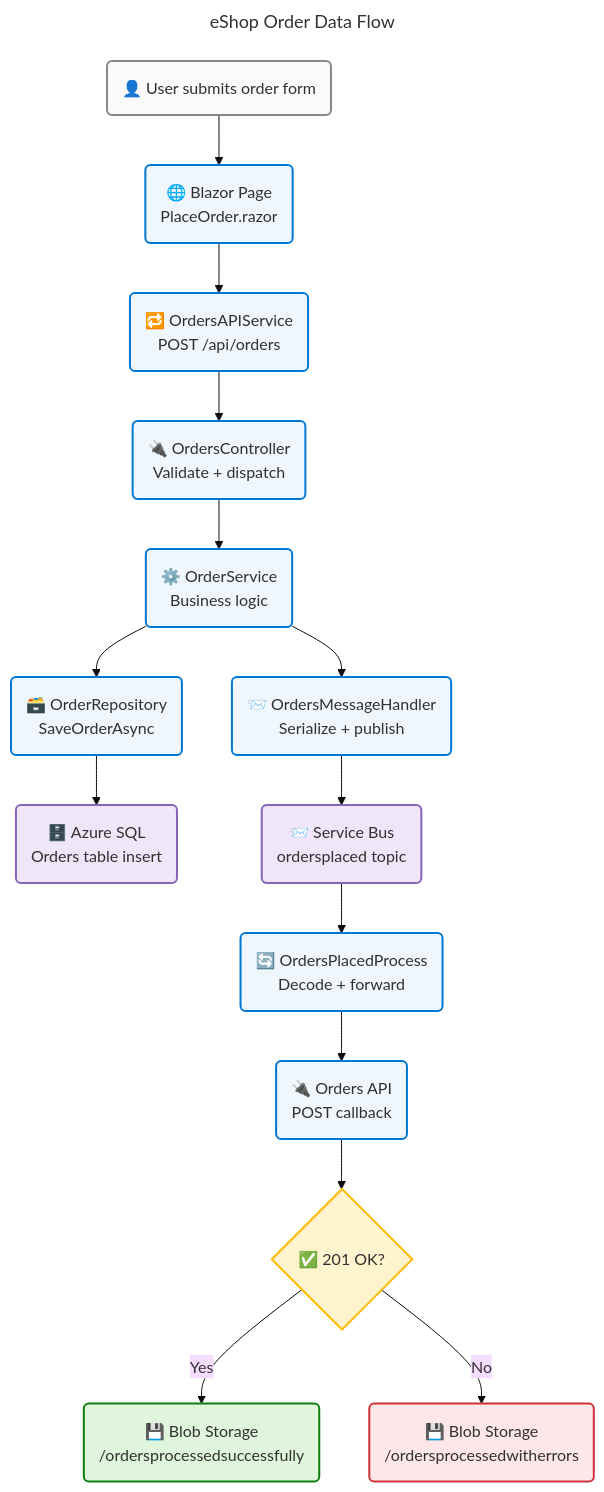
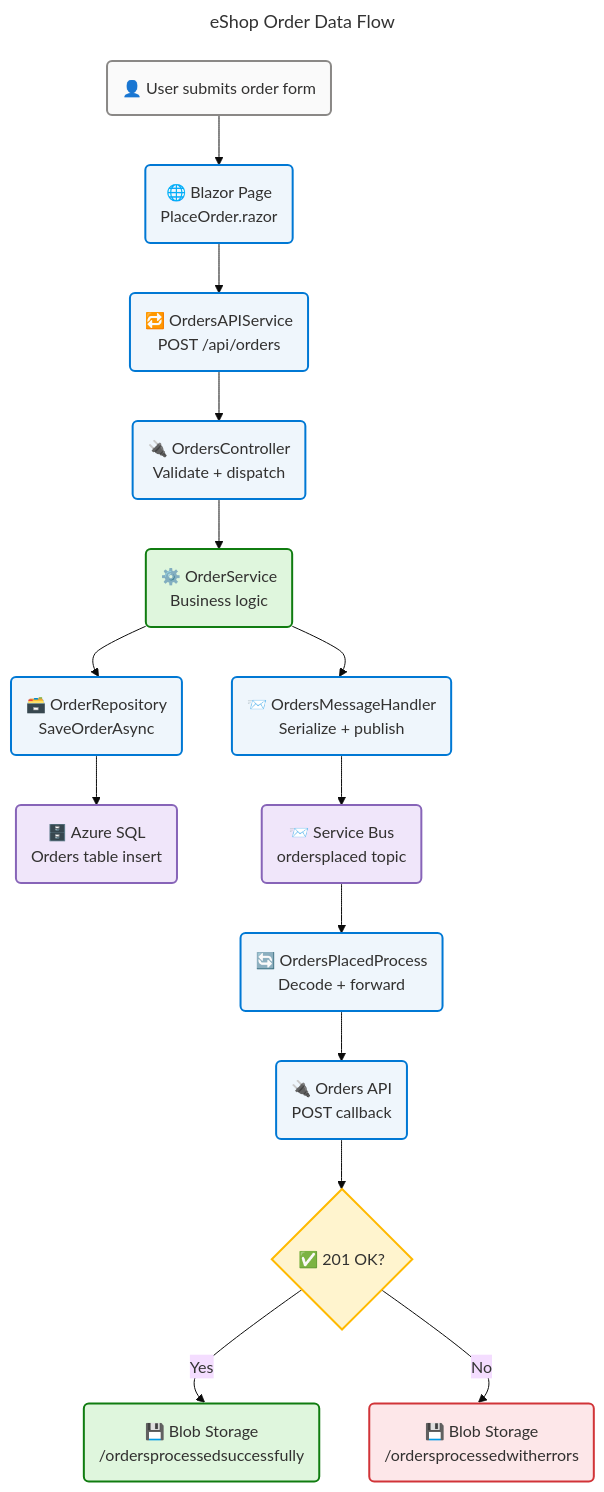
Before and after one commit to Evilazaro/Azure-LogicApps-Monitoring: the seventh of 8 diagrams in docs/architecture/application-architecture.md, drawn with Mermaid. The commit also changed other lines of this file, not shown here.

Commit message:
Enhance Mermaid diagrams with improved label formatting and curve settings for better readability

````diff
--- a/docs/architecture/application-architecture.md
+++ b/docs/architecture/application-architecture.md
@@ -1822,55 +1829,56 @@
 ```mermaid
 ---
 title: eShop Order Data Flow
 config:
   theme: base
   look: classic
   layout: dagre
   themeVariables:
     fontSize: '16px'
   flowchart:
     htmlLabels: true
+    curve: cardinal
 ---
 flowchart TD
     accTitle: eShop Order Data Flow Diagram
     accDescr: End-to-end data flow from order placement through persistence, event publishing, workflow processing, and archival. WCAG AA compliant.
 
     %% ═══════════════════════════════════════════════════════════════════════════
     %% AZURE / FLUENT ARCHITECTURE PATTERN v1.1
     %% (Semantic + Structural + Font + Accessibility Governance)
     %% ═══════════════════════════════════════════════════════════════════════════
     %% PHASE 1 - FLUENT UI: All styling uses approved Fluent UI palette only
     %% PHASE 2 - GROUPS: Every subgraph has semantic color via style directive
     %% PHASE 3 - COMPONENTS: Every node has semantic classDef + icon prefix
     %% PHASE 4 - ACCESSIBILITY: accTitle/accDescr present, WCAG AA contrast
     %% PHASE 5 - STANDARD: Governance block present, classDefs centralized
     %% ═══════════════════════════════════════════════════════════════════════════
 
     A("👤 User submits order form"):::neutral
-    B("🌐 Blazor Page\nPlaceOrder.razor"):::core
-    C("🔁 OrdersAPIService\nPOST /api/orders"):::core
-    D("🔌 OrdersController\nValidate + dispatch"):::core
-    E("⚙️ OrderService\nBusiness logic"):::core
-    F("🗃️ OrderRepository\nSaveOrderAsync"):::core
-    G("🗄️ Azure SQL\nOrders table insert"):::data
-    H("📨 OrdersMessageHandler\nSerialize + publish"):::core
-    I("📨 Service Bus\nordersplaced topic"):::data
-    J("🔄 OrdersPlacedProcess\nDecode + forward"):::core
-    K("🔌 Orders API\nPOST callback"):::core
+    B("🌐 Blazor Page<br>PlaceOrder.razor"):::core
+    C("🔁 OrdersAPIService<br>POST /api/orders"):::core
+    D("🔌 OrdersController<br>Validate + dispatch"):::core
+    E("⚙️ OrderService<br>Business logic"):::success
+    F("🗃️ OrderRepository<br>SaveOrderAsync"):::core
+    G("🗄️ Azure SQL<br>Orders table insert"):::data
+    H("📨 OrdersMessageHandler<br>Serialize + publish"):::core
+    I("📨 Service Bus<br>ordersplaced topic"):::data
+    J("🔄 OrdersPlacedProcess<br>Decode + forward"):::core
+    K("🔌 Orders API<br>POST callback"):::core
     L{"✅ 201 OK?"}:::warning
-    M("💾 Blob Storage\n/ordersprocessedsuccessfully"):::success
-    N("💾 Blob Storage\n/ordersprocessedwitherrors"):::danger
+    M("💾 Blob Storage<br>/ordersprocessedsuccessfully"):::success
+    N("💾 Blob Storage<br>/ordersprocessedwitherrors"):::danger
 
     A --> B --> C --> D --> E --> F --> G
     E --> H --> I --> J --> K --> L
     L -->|"Yes"| M
     L -->|"No"| N
 
     %% Centralized classDefs
     classDef neutral fill:#FAFAFA,stroke:#8A8886,stroke-width:2px,color:#323130
     classDef core fill:#EFF6FC,stroke:#0078D4,stroke-width:2px,color:#323130
     classDef data fill:#F0E6FA,stroke:#8764B8,stroke-width:2px,color:#323130
     classDef success fill:#DFF6DD,stroke:#107C10,stroke-width:2px,color:#323130
     classDef warning fill:#FFF4CE,stroke:#FFB900,stroke-width:2px,color:#323130
     classDef danger fill:#FDE7E9,stroke:#D13438,stroke-width:2px,color:#323130
 ```
````
